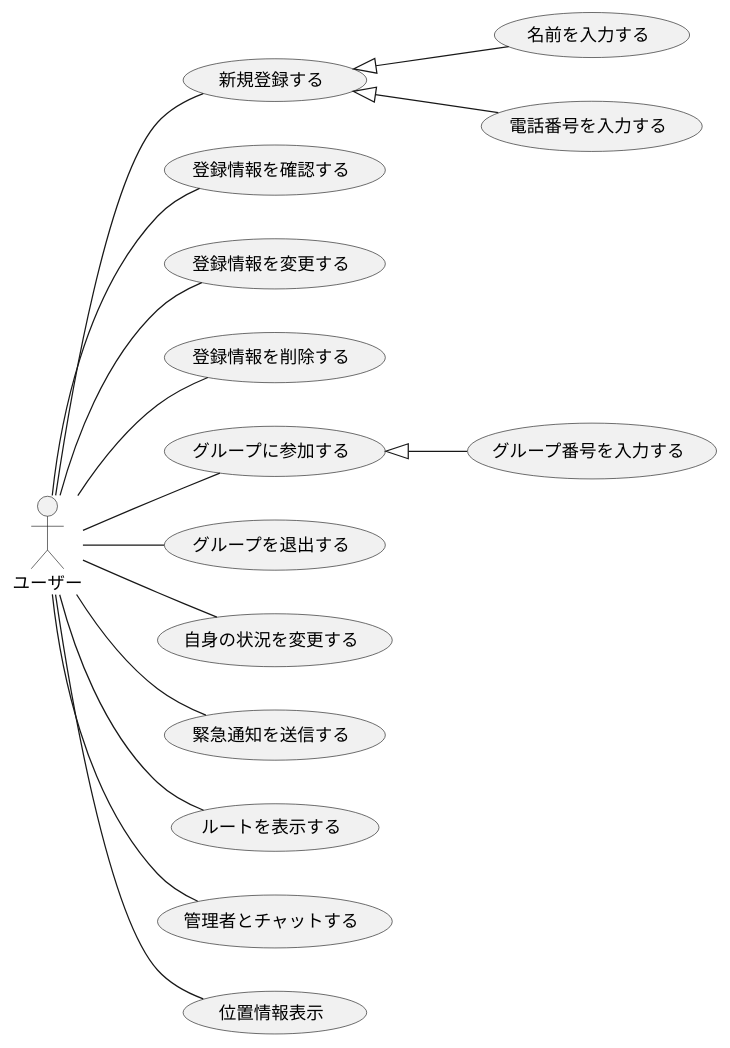
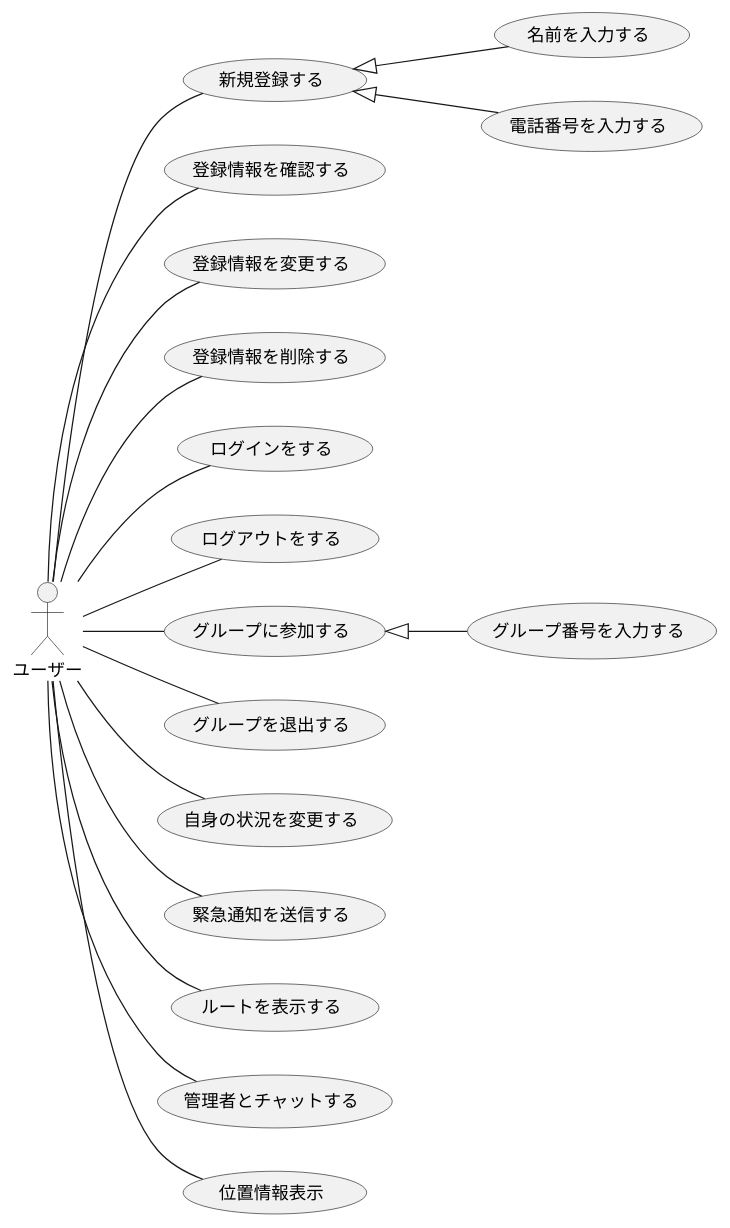
The diagram in F_usecase_user.plantuml (ksw2270227/GroupF), drawn with PlantUML before and after one commit.

Commit message:
Update F_usecase_user.plantuml
瀬尾編集

```diff
--- a/F_usecase_user.plantuml
+++ b/F_usecase_user.plantuml
@@ -1,24 +1,26 @@
 @startuml ユースケース
 
 left to right direction
 actor ユーザー
 
 ユーザー -- (新規登録する)
 ユーザー -- (登録情報を確認する)
 ユーザー -- (登録情報を変更する)
 ユーザー -- (登録情報を削除する)
+ユーザー -- (ログインをする)
+ユーザー -- (ログアウトをする)
 ユーザー -- (グループに参加する)
 ユーザー -- (グループを退出する)
 ユーザー -- (自身の状況を変更する)
 ユーザー -- (緊急通知を送信する)
 ユーザー -- (ルートを表示する)
 ユーザー -- (管理者とチャットする)
 ユーザー -- (位置情報表示)
 
 
 (新規登録する) <|-- (名前を入力する)
 (新規登録する) <|-- (電話番号を入力する)
 
 (グループに参加する) <|-- (グループ番号を入力する)
 
 @enduml
```
